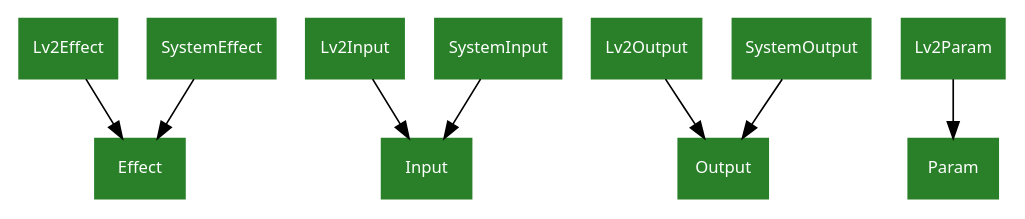
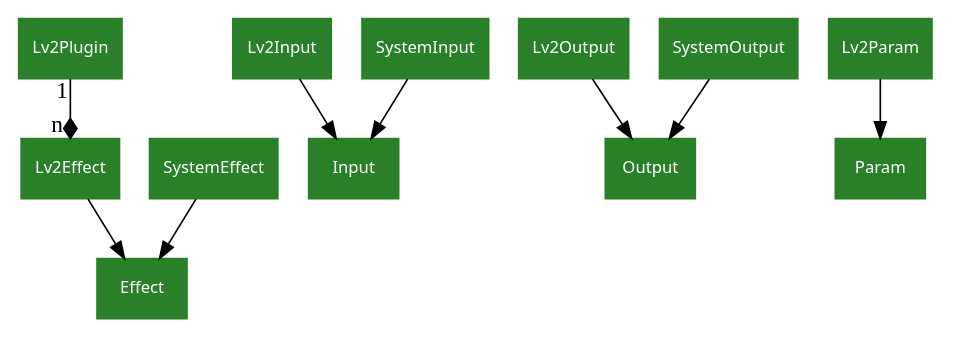
Before and after one commit to PedalPi/PluginsManager: the second of 3 diagrams in docs/source/model.rst, drawn with Graphviz. The commit also changed other lines of this file, not shown here.

Commit message:
Improve Model diagram: Add Cardinality. Add Lv2Plugin

```diff
--- a/docs/source/model.rst
+++ b/docs/source/model.rst
@@ -20,16 +49,21 @@
 .. graphviz::
 
    digraph classes {
        graph [rankdir=TB];
        node [shape=rect, style=filled, color="#298029", fontname=Sans, fontcolor="#ffffff", fontsize=10];
+
+       Lv2Plugin->Lv2Effect[
+           dir="backward", arrowhead="diamond", arrowtail="normal",
+           headlabel= "   n", taillabel="1"
+       ];
        Lv2Effect->Effect;
        SystemEffect->Effect;
 
        Lv2Input->Input;
        SystemInput->Input;
 
        Lv2Output->Output;
        SystemOutput->Output;
 
        Lv2Param->Param;
    }
```
